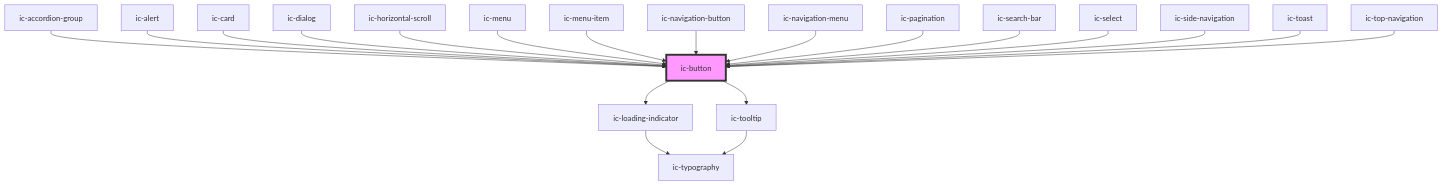
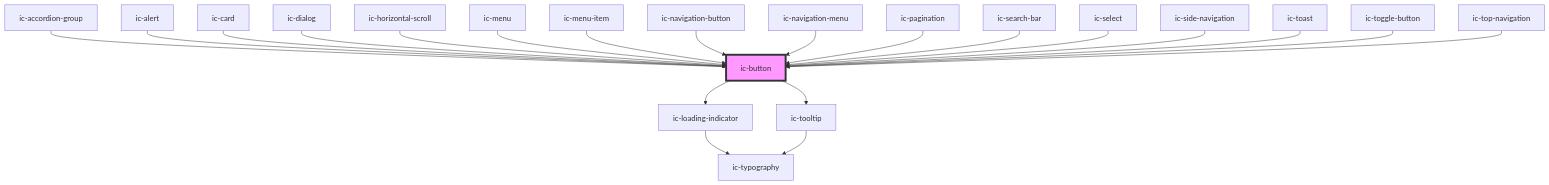
Before and after one commit to mi6/ic-ui-kit: the diagram in packages/web-components/src/components/ic-button/readme.md, drawn with Mermaid. The commit also changed other lines of this file and 9 other files, not shown here.

First line of the commit message:
feat(web-components): add toggle button component

````diff
--- a/packages/web-components/src/components/ic-button/readme.md
+++ b/packages/web-components/src/components/ic-button/readme.md
@@ -101,23 +103,24 @@
 ```mermaid
 graph TD;
   ic-button --> ic-loading-indicator
   ic-button --> ic-tooltip
   ic-loading-indicator --> ic-typography
   ic-tooltip --> ic-typography
   ic-accordion-group --> ic-button
   ic-alert --> ic-button
   ic-card --> ic-button
   ic-dialog --> ic-button
   ic-horizontal-scroll --> ic-button
   ic-menu --> ic-button
   ic-menu-item --> ic-button
   ic-navigation-button --> ic-button
   ic-navigation-menu --> ic-button
   ic-pagination --> ic-button
   ic-search-bar --> ic-button
   ic-select --> ic-button
   ic-side-navigation --> ic-button
   ic-toast --> ic-button
+  ic-toggle-button --> ic-button
   ic-top-navigation --> ic-button
   style ic-button fill:#f9f,stroke:#333,stroke-width:4px
 ```
````
